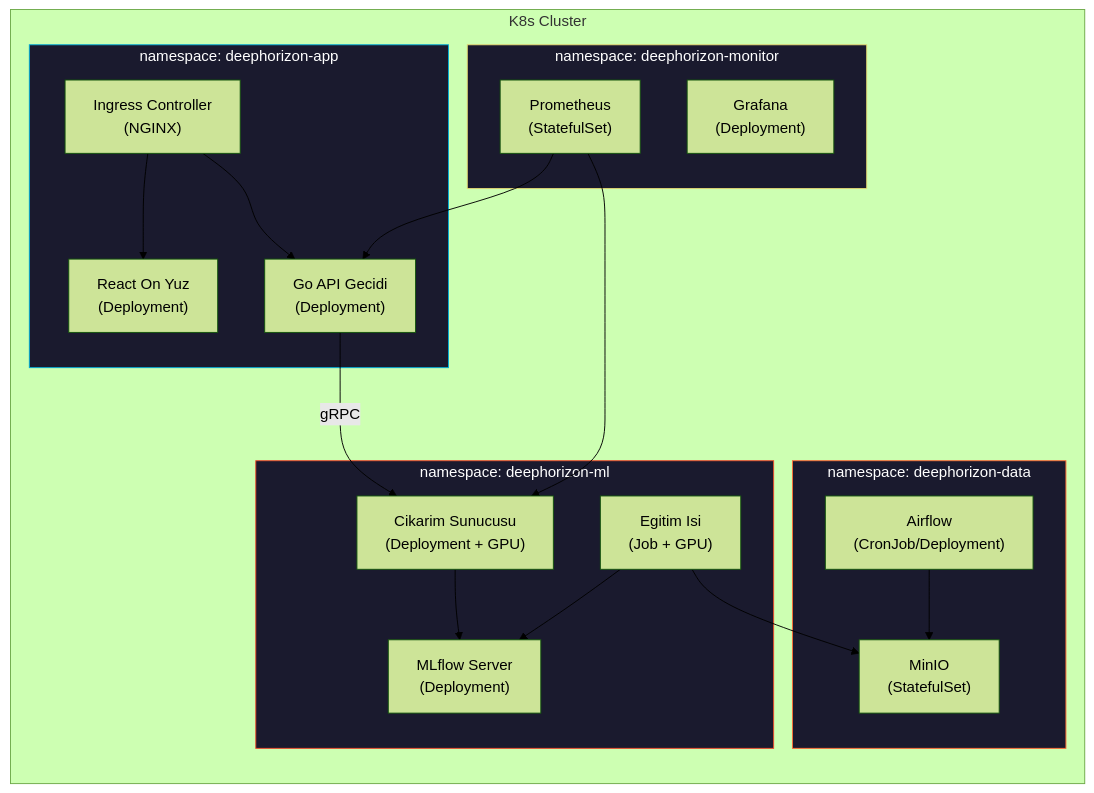
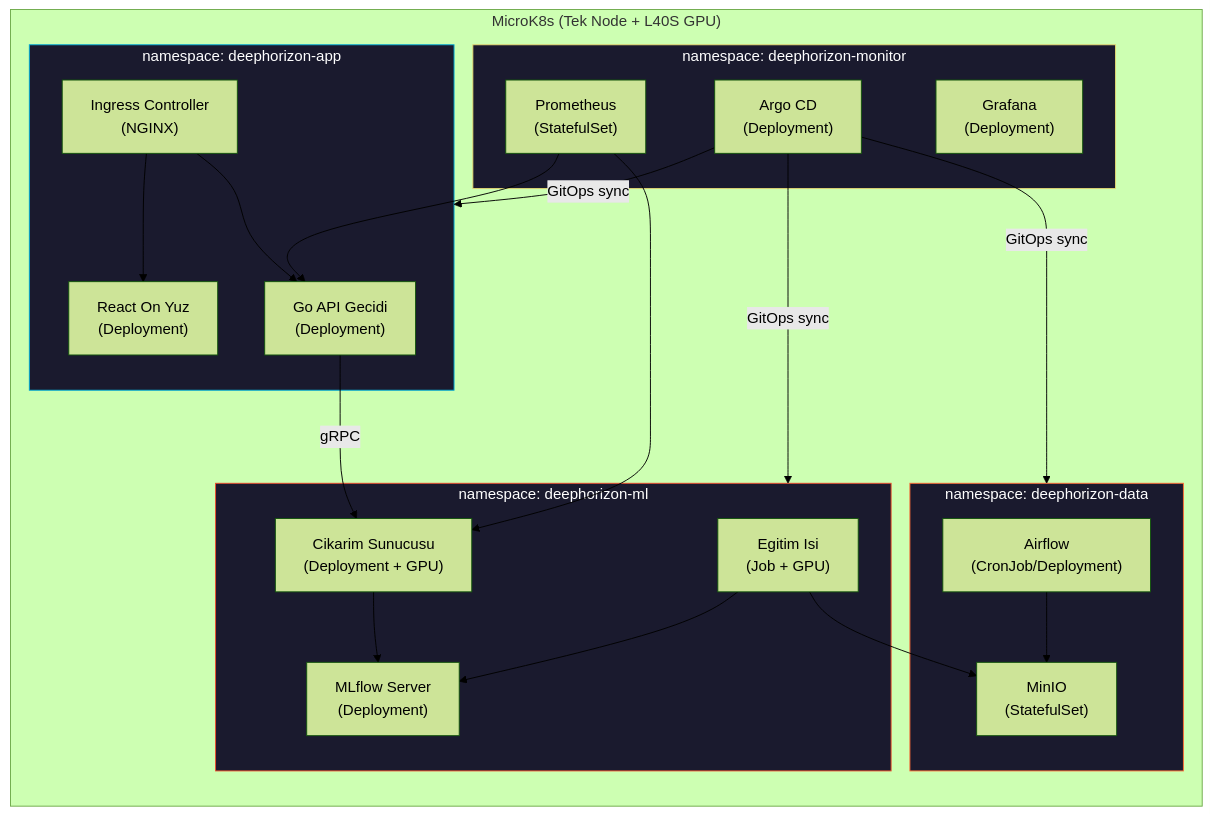
One commit to Octapull/deephorizon changed the third of 3 diagrams in README_TR.md. Above: the diagram before and after it, drawn with Mermaid (forest theme). The commit also changed other lines of this file and 2 other files, not shown here.

Commit message:
docs: update to latest tool versions, add Argo CD and MicroK8s

````diff
--- a/README_TR.md
+++ b/README_TR.md
@@ -745,43 +787,47 @@
 ```mermaid
 graph TB
-    subgraph K8s Cluster
+    subgraph MicroK8s Node ["MicroK8s (Tek Node + L40S GPU)"]
         direction TB
 
         subgraph ns-data ["namespace: deephorizon-data"]
             airflow["Airflow\n(CronJob/Deployment)"]
             minio["MinIO\n(StatefulSet)"]
         end
 
         subgraph ns-ml ["namespace: deephorizon-ml"]
             train["Egitim Isi\n(Job + GPU)"]
             mlflow["MLflow Server\n(Deployment)"]
             inference["Cikarim Sunucusu\n(Deployment + GPU)"]
         end
 
         subgraph ns-app ["namespace: deephorizon-app"]
             api["Go API Gecidi\n(Deployment)"]
             frontend["React On Yuz\n(Deployment)"]
             ingress["Ingress Controller\n(NGINX)"]
         end
 
         subgraph ns-monitor ["namespace: deephorizon-monitor"]
             prom["Prometheus\n(StatefulSet)"]
             grafana["Grafana\n(Deployment)"]
+            argocd["Argo CD\n(Deployment)"]
         end
     end
 
     ingress --> frontend
     ingress --> api
     api -->|gRPC| inference
     inference --> mlflow
     train --> mlflow
     train --> minio
     airflow --> minio
     prom --> api
     prom --> inference
+    argocd -->|GitOps sync| ns-data
+    argocd -->|GitOps sync| ns-ml
+    argocd -->|GitOps sync| ns-app
 
     style ns-data fill:#1a1a2e,stroke:#FF6B35,color:#fff
     style ns-ml fill:#1a1a2e,stroke:#EE4C2C,color:#fff
     style ns-app fill:#1a1a2e,stroke:#00ADD8,color:#fff
     style ns-monitor fill:#1a1a2e,stroke:#E6DB74,color:#fff
 ```
````
